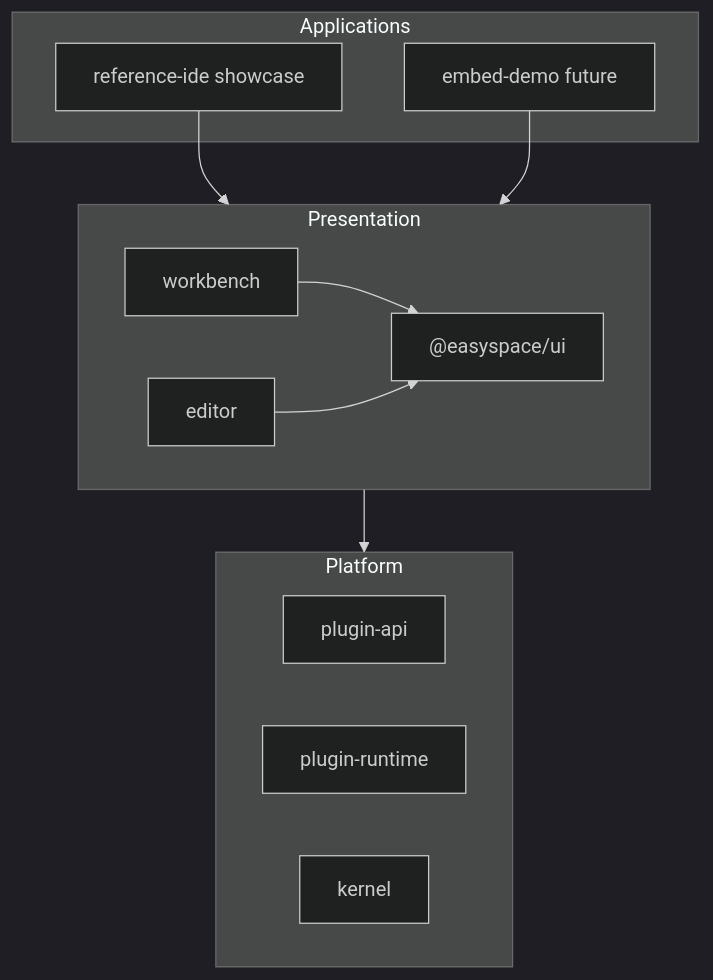
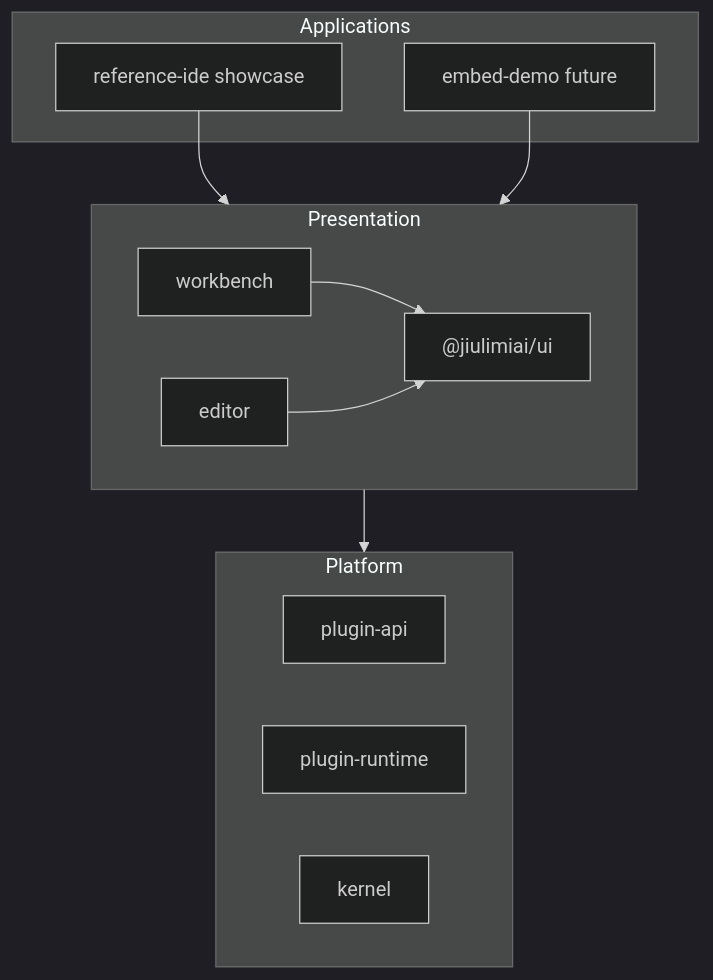
One commit to easyspace-ai/molecule changed the diagram in docs/adr/007-ui-layer-and-embed-first.md. Above: the diagram before and after it, drawn with Mermaid (dark theme). The commit also changed other lines of this file and 132 other files, not shown here.

````diff
--- a/docs/adr/007-ui-layer-and-embed-first.md
+++ b/docs/adr/007-ui-layer-and-embed-first.md
@@ -24,25 +24,25 @@
 ```mermaid
 graph TB
   subgraph apps [Applications]
     REF[reference-ide showcase]
     EMBED[embed-demo future]
   end
 
   subgraph presentation [Presentation]
-    UI["@easyspace/ui"]
+    UI["@jiulimiai/ui"]
     WB[workbench]
     ED[editor]
   end
 
   subgraph platform [Platform]
     API[plugin-api]
     RT[plugin-runtime]
     K[kernel]
   end
 
   REF --> presentation
   EMBED --> presentation
   WB --> UI
   ED --> UI
   presentation --> platform
 ```
````
